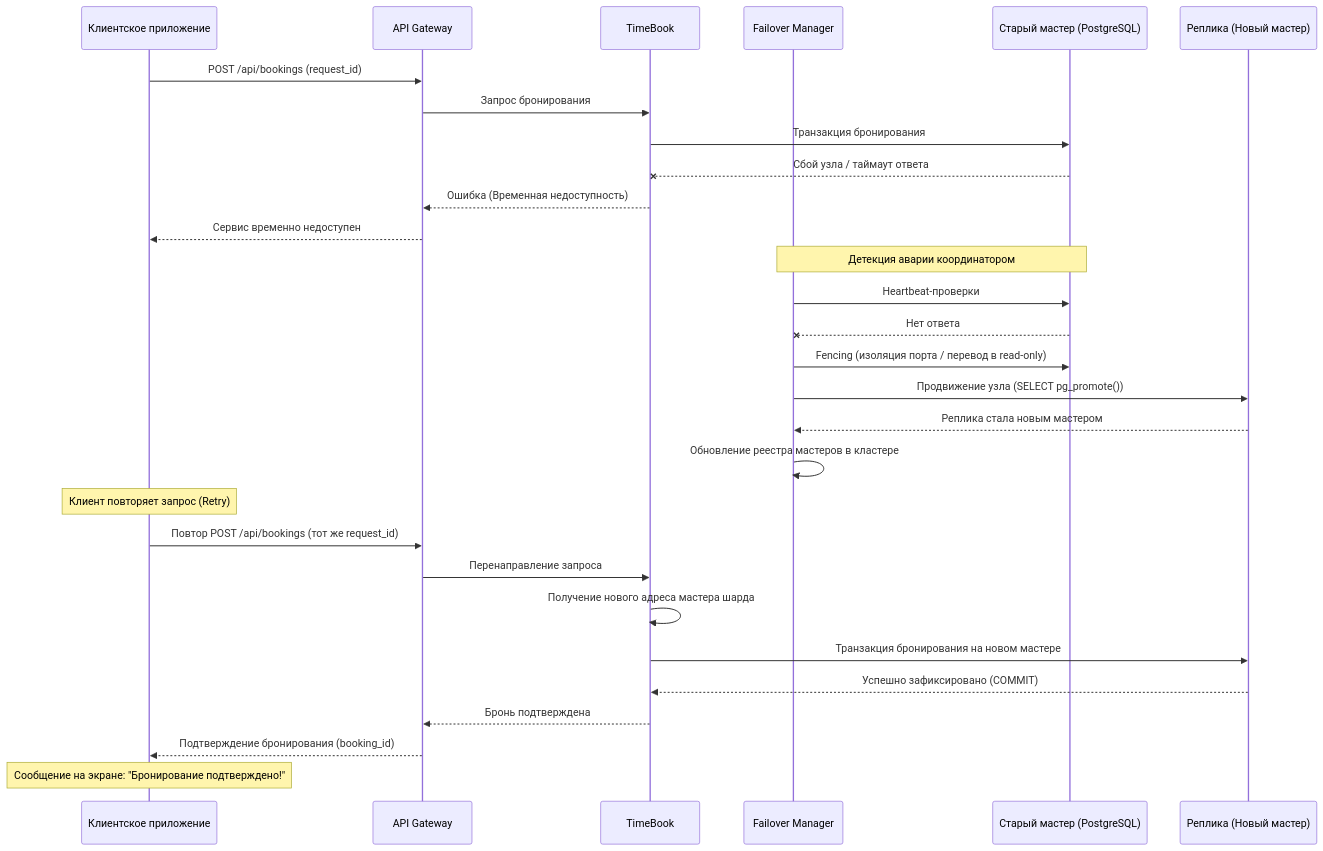
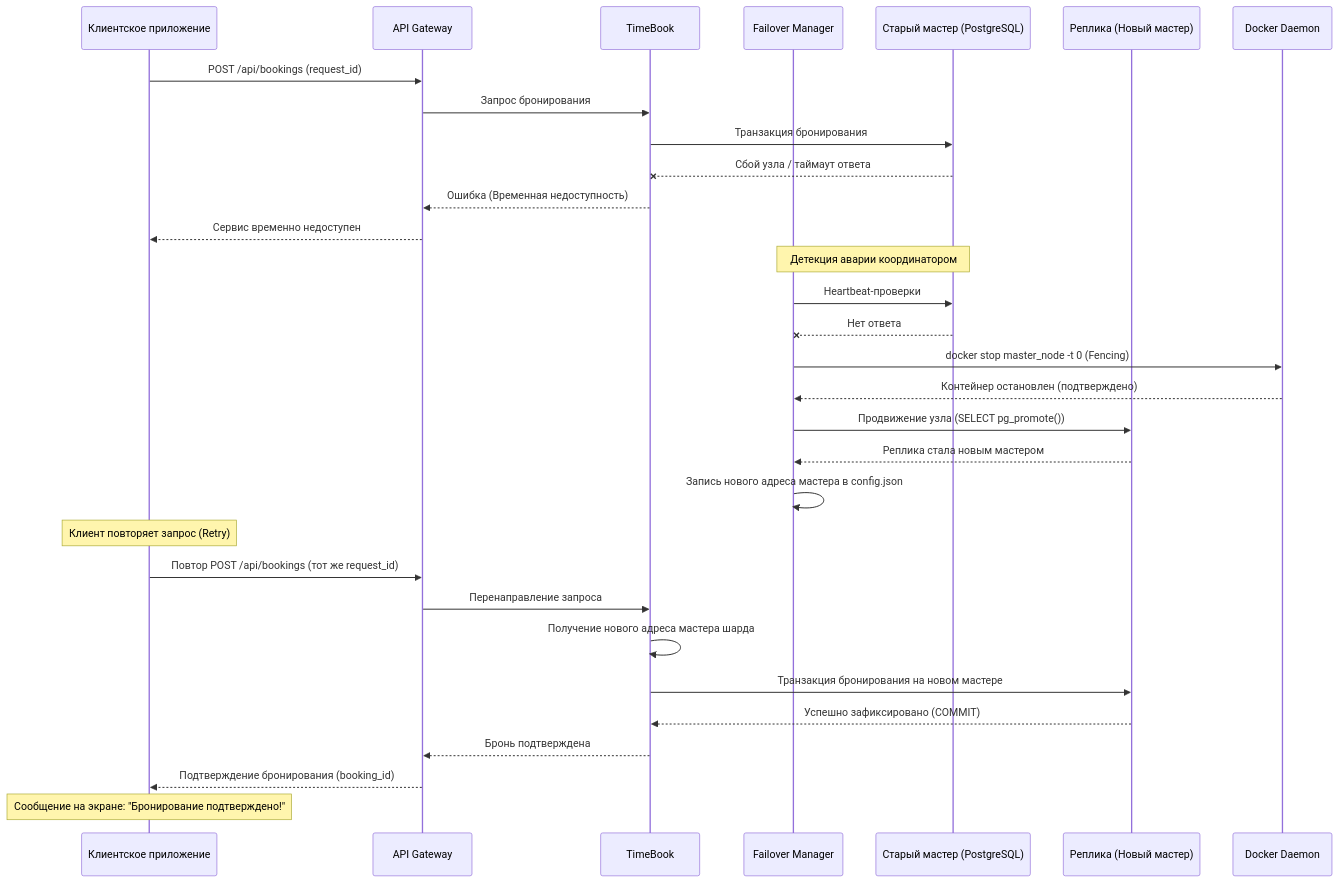
Before and after one commit to spbu-ds-practicum-2026/4positions: the seventh of 7 diagrams in docs/tr.md, drawn with Mermaid. The commit also changed other lines of this file, not shown here.

````diff
--- a/docs/tr.md
+++ b/docs/tr.md
@@ -370,34 +369,36 @@
 ```mermaid
 sequenceDiagram
   participant Client as Клиентское приложение
   participant APIGateway as API Gateway
   participant TimeBook as TimeBook
   participant FM as Failover Manager
   participant Master as Старый мастер (PostgreSQL)
   participant Replica as Реплика (Новый мастер)
+  participant Docker as Docker Daemon
 
   Client->>APIGateway: POST /api/bookings (request_id)
   APIGateway->>TimeBook: Запрос бронирования
   TimeBook->>Master: Транзакция бронирования
   Master--xTimeBook: Сбой узла / таймаут ответа
   TimeBook-->>APIGateway: Ошибка (Временная недоступность)
   APIGateway-->>Client: Сервис временно недоступен
 
   Note over FM,Master: Детекция аварии координатором
   FM->>Master: Heartbeat-проверки
   Master--xFM: Нет ответа
-  FM->>Master: Fencing (изоляция порта / перевод в read-only)
+  FM->>Docker: docker stop master_node -t 0 (Fencing)
+  Docker-->>FM: Контейнер остановлен (подтверждено)
   FM->>Replica: Продвижение узла (SELECT pg_promote())
   Replica-->>FM: Реплика стала новым мастером
-  FM->>FM: Обновление реестра мастеров в кластере
+  FM->>FM: Запись нового адреса мастера в config.json
 
   Note over Client: Клиент повторяет запрос (Retry)
   Client->>APIGateway: Повтор POST /api/bookings (тот же request_id)
   APIGateway->>TimeBook: Перенаправление запроса
   TimeBook->>TimeBook: Получение нового адреса мастера шарда
   TimeBook->>Replica: Транзакция бронирования на новом мастере
   Replica-->>TimeBook: Успешно зафиксировано (COMMIT)
   TimeBook-->>APIGateway: Бронь подтверждена
   APIGateway-->>Client: Подтверждение бронирования (booking_id)
   Note over Client: Сообщение на экране: "Бронирование подтверждено!"
 ```
````
